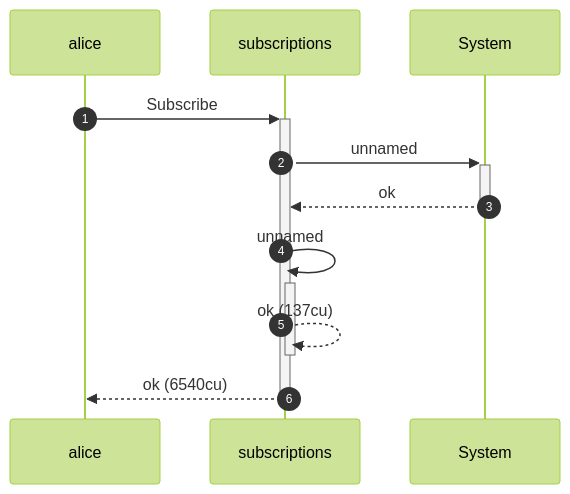
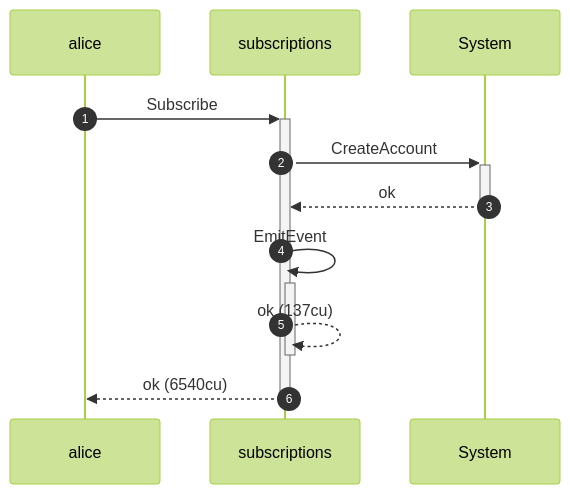
The tenth of 16 diagrams in dsl_tests/a-sponsor-can-revoke-a-subscription-once-the-plan-ended.md (cds-rs/subscriptions), drawn with Mermaid (forest theme) before and after one commit. The commit also changed other lines of this file and 219 other files, not shown here.

````diff
--- a/dsl_tests/a-sponsor-can-revoke-a-subscription-once-the-plan-ended.md
+++ b/dsl_tests/a-sponsor-can-revoke-a-subscription-once-the-plan-ended.md
@@ -193,13 +193,13 @@
 ```mermaid
 sequenceDiagram
     autonumber
     participant alice
     participant subscriptions
     participant System
     alice ->>+ subscriptions: Subscribe
-    subscriptions ->>+ System: unnamed
+    subscriptions ->>+ System: CreateAccount
     System -->>- subscriptions: ok
-    subscriptions ->>+ subscriptions: unnamed
+    subscriptions ->>+ subscriptions: EmitEvent
     subscriptions -->>- subscriptions: ok (137cu)
     subscriptions -->>- alice: ok (6540cu)
 ```
````
